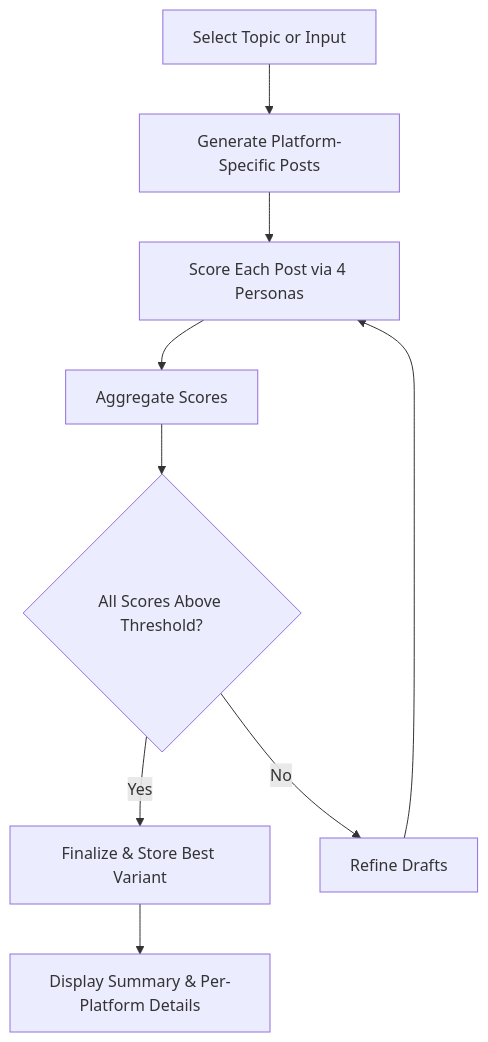
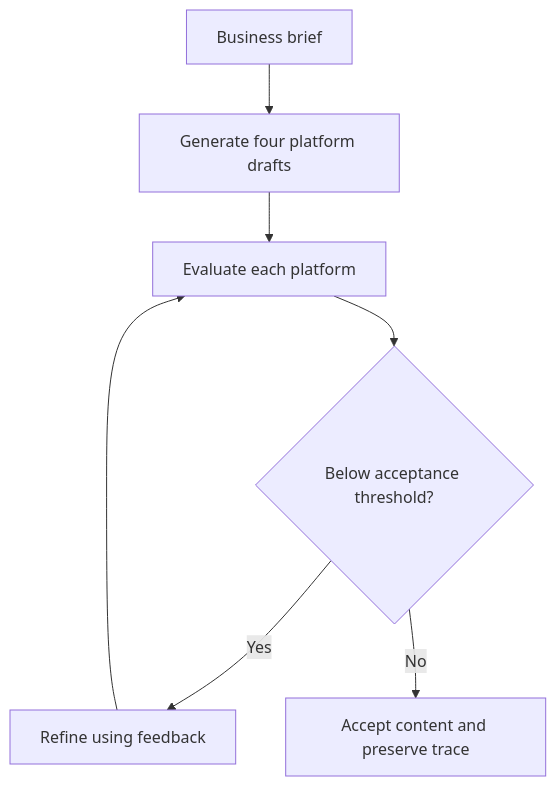
The diagram in README.md (daytona675r/ContentAgent), drawn with Mermaid before and after one commit. The commit also changed other lines of this file, not shown here.

Commit message:
Streamline PULSE README for live portfolio: architecture, honest demo contract, quickstart

````diff
--- a/README.md
+++ b/README.md
@@ -86,11 +27,9 @@
 ```mermaid
 flowchart TD
-    A[Select Topic or Input] --> B[Generate Platform-Specific Posts]
-    B --> C[Score Each Post via 4 Personas]
-    C --> D[Aggregate Scores]
-    D --> E{All Scores Above Threshold?}
-    E -- Yes --> F[Finalize & Store Best Variant]
-    E -- No --> G[Refine Drafts]
-    G --> C
-    F --> H[Display Summary & Per-Platform Details]
+    B[Business brief] --> G[Generate four platform drafts]
+    G --> E[Evaluate each platform]
+    E --> Q{Below acceptance threshold?}
+    Q -->|Yes| R[Refine using feedback]
+    R --> E
+    Q -->|No| A[Accept content and preserve trace]
 ```
````
